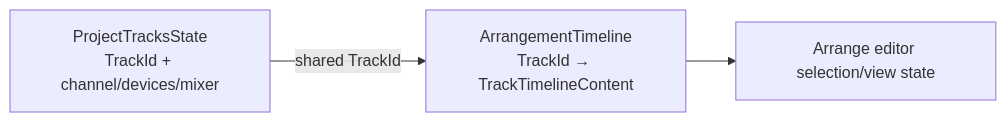
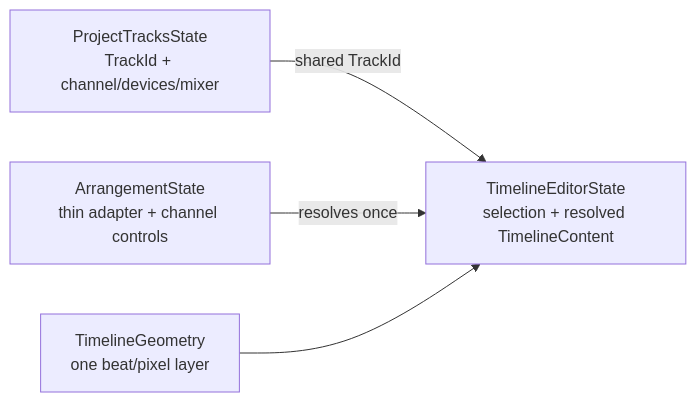
Before and after one commit to alexanderwanyoike/vibez: the third of 4 diagrams in docs/ARCHITECTURE.md, drawn with Mermaid. The commit also changed other lines of this file and 22 other files, not shown here.

Commit message:
refactor(ui): deepen shared timeline editor

````diff
--- a/docs/ARCHITECTURE.md
+++ b/docs/ARCHITECTURE.md
@@ -135,8 +151,10 @@
 ```mermaid
 flowchart LR
     PT["ProjectTracksState<br/>TrackId + channel/devices/mixer"]
-    AT["ArrangementTimeline<br/>TrackId → TrackTimelineContent"]
-    UI["Arrange editor selection/view state"]
-    PT -- "shared TrackId" --> AT
-    AT --> UI
+    AA["ArrangementState<br/>thin adapter + channel controls"]
+    TE["TimelineEditorState<br/>selection + resolved TimelineContent"]
+    TG["TimelineGeometry<br/>one beat/pixel layer"]
+    PT -- "shared TrackId" --> TE
+    AA -- "resolves once" --> TE
+    TG --> TE
 ```
````
